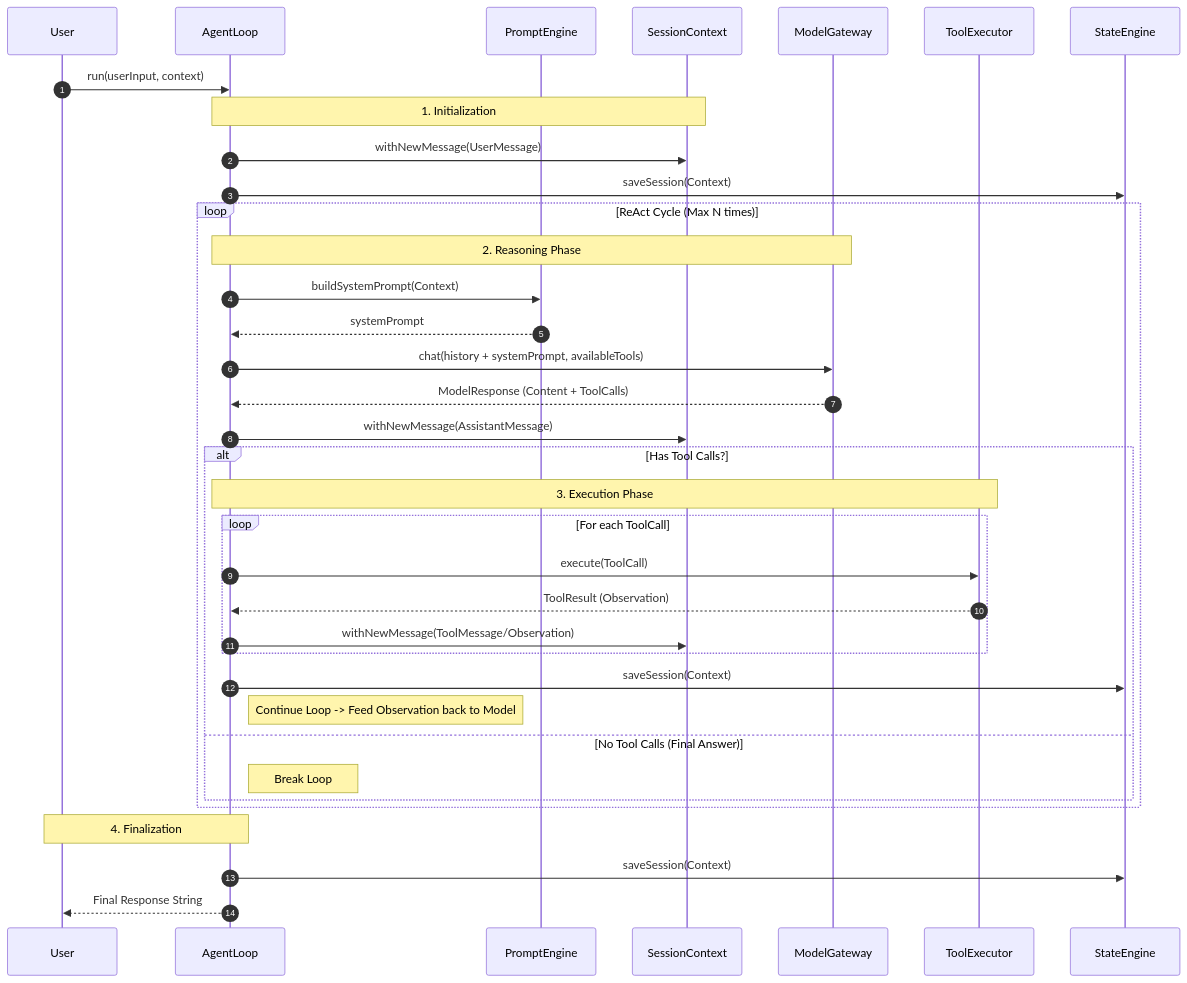
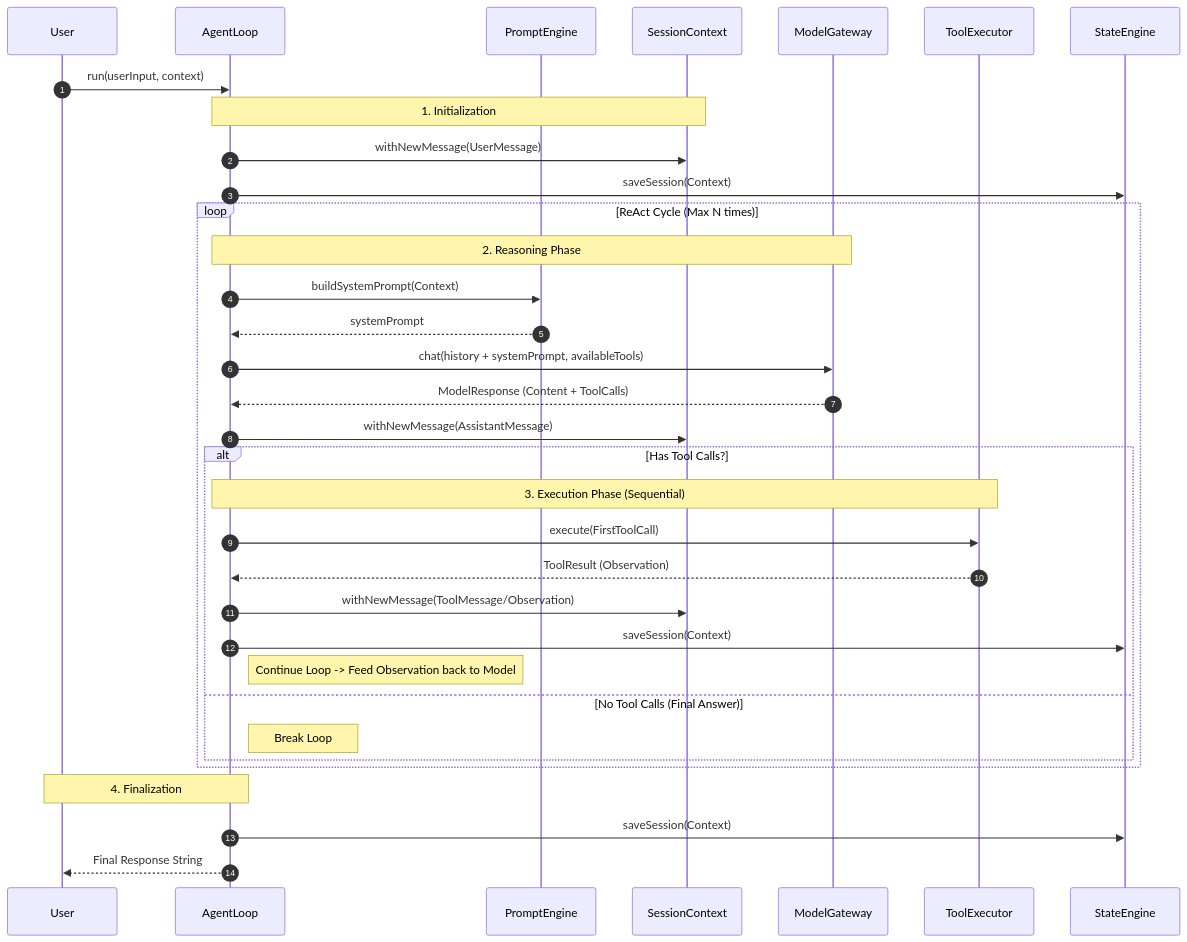
The second of 3 diagrams in docs/CORE_KERNEL_DESIGN.md (stream-iori/ganglia), drawn with Mermaid before and after one commit. The commit also changed 4 other files, not shown here.

Commit message:
refactor: enforce sequential tool execution and update tests with Mockito

````diff
--- a/docs/CORE_KERNEL_DESIGN.md
+++ b/docs/CORE_KERNEL_DESIGN.md
@@ -96,46 +96,46 @@
 ```mermaid
 sequenceDiagram
     autonumber
     participant User
     participant AgentLoop
     participant PromptEngine
     participant Context as SessionContext
     participant Model as ModelGateway
     participant ToolExec as ToolExecutor
     participant State as StateEngine
 
     User->>AgentLoop: run(userInput, context)
     
     Note over AgentLoop, Context: 1. Initialization
     AgentLoop->>Context: withNewMessage(UserMessage)
     AgentLoop->>State: saveSession(Context)
 
     loop ReAct Cycle (Max N times)
         Note over AgentLoop, Model: 2. Reasoning Phase
         AgentLoop->>PromptEngine: buildSystemPrompt(Context)
         PromptEngine-->>AgentLoop: systemPrompt
         
         AgentLoop->>Model: chat(history + systemPrompt, availableTools)
         Model-->>AgentLoop: ModelResponse (Content + ToolCalls)
         
         AgentLoop->>Context: withNewMessage(AssistantMessage)
         
         alt Has Tool Calls?
-            Note over AgentLoop, ToolExec: 3. Execution Phase
-            loop For each ToolCall
-                AgentLoop->>ToolExec: execute(ToolCall)
-                ToolExec-->>AgentLoop: ToolResult (Observation)
-                AgentLoop->>Context: withNewMessage(ToolMessage/Observation)
-            end
+            Note over AgentLoop, ToolExec: 3. Execution Phase (Sequential)
+            
+            AgentLoop->>ToolExec: execute(FirstToolCall)
+            ToolExec-->>AgentLoop: ToolResult (Observation)
+            AgentLoop->>Context: withNewMessage(ToolMessage/Observation)
+            
             AgentLoop->>State: saveSession(Context)
             Note right of AgentLoop: Continue Loop -> Feed Observation back to Model
             
         else No Tool Calls (Final Answer)
             Note right of AgentLoop: Break Loop
         end
     end
 
     Note over AgentLoop, User: 4. Finalization
     AgentLoop->>State: saveSession(Context)
     AgentLoop-->>User: Final Response String
 ```
````
